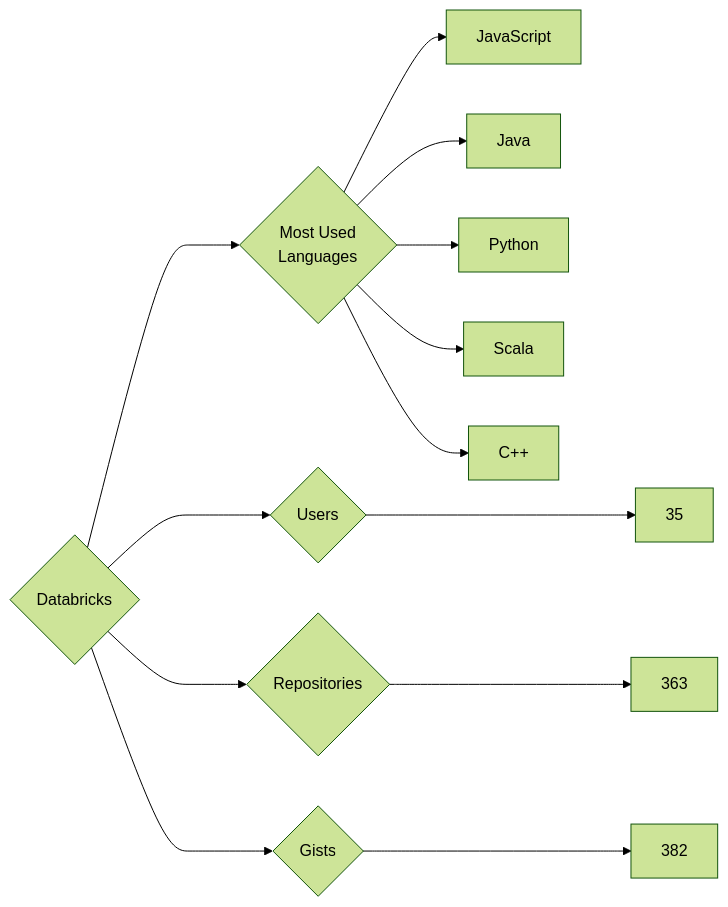
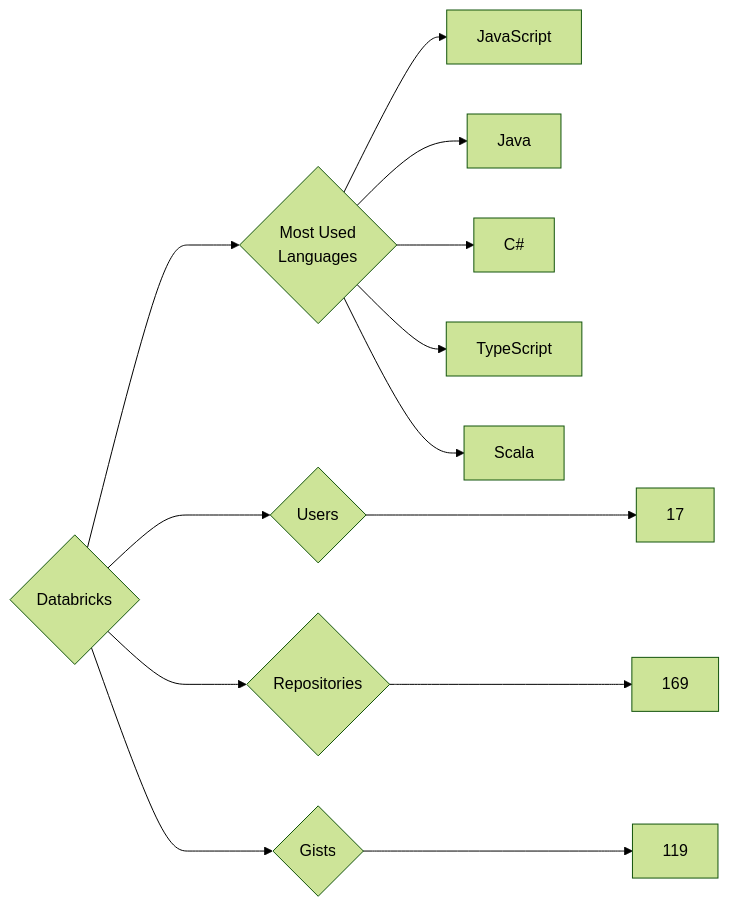
Before and after one commit to trickest/insiders: the diagram in targets/Databricks/README.md, drawn with Mermaid (forest theme). The commit also changed 886 other files, not shown here.

````diff
--- a/targets/Databricks/README.md
+++ b/targets/Databricks/README.md
@@ -3,13 +3,13 @@
 ```mermaid
 graph LR
 COMPANY_NAME{Databricks}
-COMPANY_NAME ---> U{Users} ---> UN[35]
-COMPANY_NAME ---> R{Repositories} ---> RN[363]
-COMPANY_NAME ---> G{Gists} ---> GN[382]
+COMPANY_NAME ---> U{Users} ---> UN[17]
+COMPANY_NAME ---> R{Repositories} ---> RN[169]
+COMPANY_NAME ---> G{Gists} ---> GN[119]
 COMPANY_NAME ---> ML{Most Used<br>Languages}
 ML --> JavaScript[JavaScript]
 ML --> Java[Java]
-ML --> Python[Python]
+ML --> C#[C#]
+ML --> TypeScript[TypeScript]
 ML --> Scala[Scala]
-ML --> C++[C++]
 ```
````
